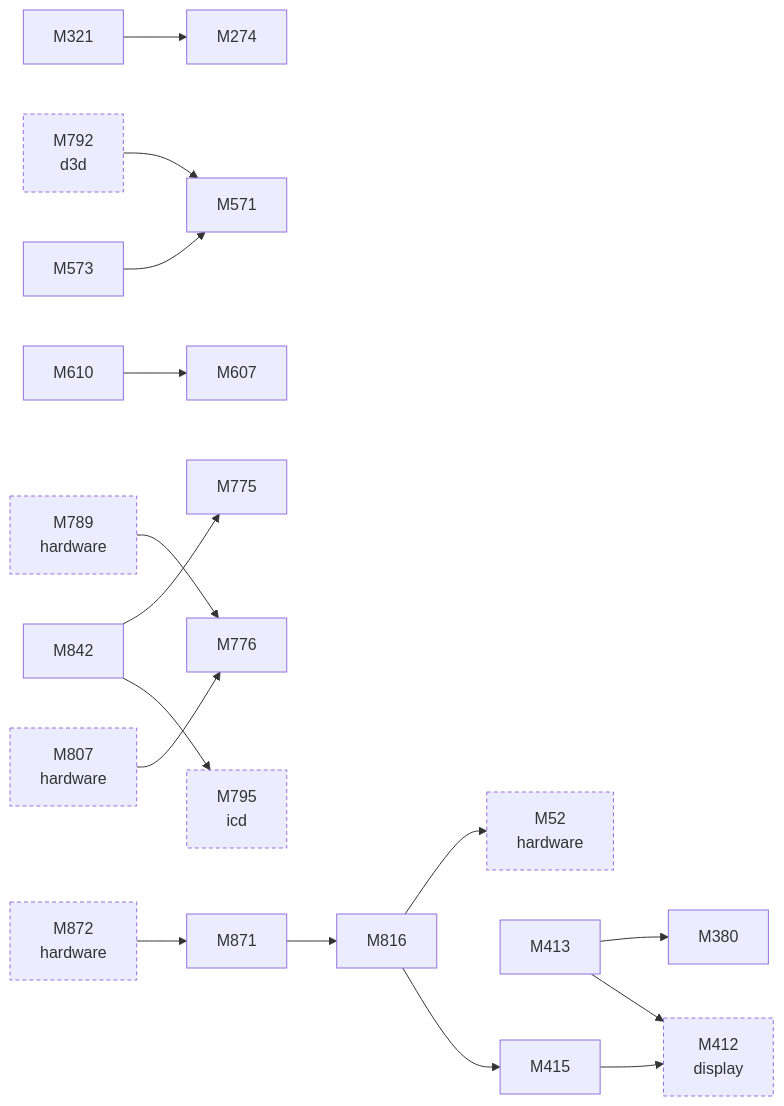
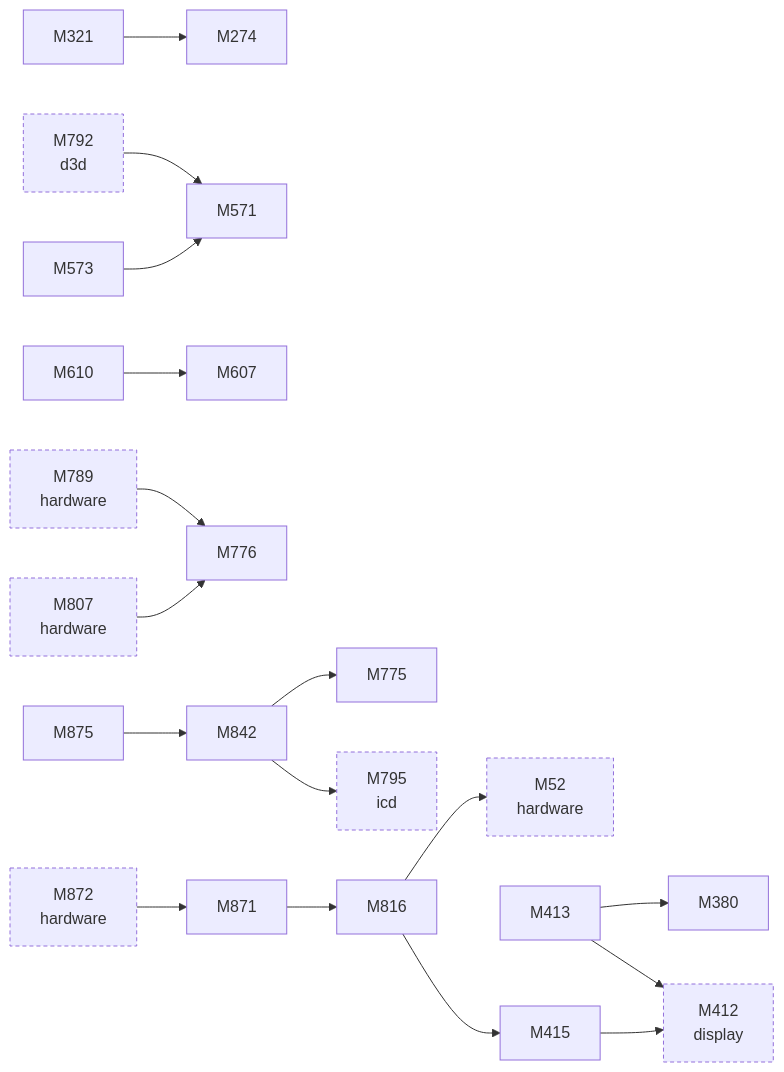
Before and after one commit to D-Ogi/amdgpu-wddm: the second of 2 diagrams in docs/facts/graphs/games.md, drawn with Mermaid. The commit also changed 52 other files, not shown here.

````diff
--- a/docs/facts/graphs/games.md
+++ b/docs/facts/graphs/games.md
@@ -31,41 +31,43 @@
 ```mermaid
 flowchart LR
   M52["M52<br/>hardware"]
   M274["M274"]
   M321["M321"]
   M380["M380"]
   M412["M412<br/>display"]
   M413["M413"]
   M415["M415"]
   M571["M571"]
   M573["M573"]
   M607["M607"]
   M610["M610"]
   M775["M775"]
   M776["M776"]
   M789["M789<br/>hardware"]
   M792["M792<br/>d3d"]
   M795["M795<br/>icd"]
   M807["M807<br/>hardware"]
   M816["M816"]
   M842["M842"]
   M871["M871"]
   M872["M872<br/>hardware"]
+  M875["M875"]
   M789 --> M776
   M807 --> M776
   M872 --> M871
   M792 --> M571
   M321 --> M274
   M413 --> M380
   M413 --> M412
   M415 --> M412
   M573 --> M571
   M610 --> M607
   M816 --> M52
   M816 --> M415
   M842 --> M775
   M842 --> M795
   M871 --> M816
+  M875 --> M842
   classDef other stroke-dasharray:4 3
   class M52,M412,M789,M792,M795,M807,M872 other
 ```
````
